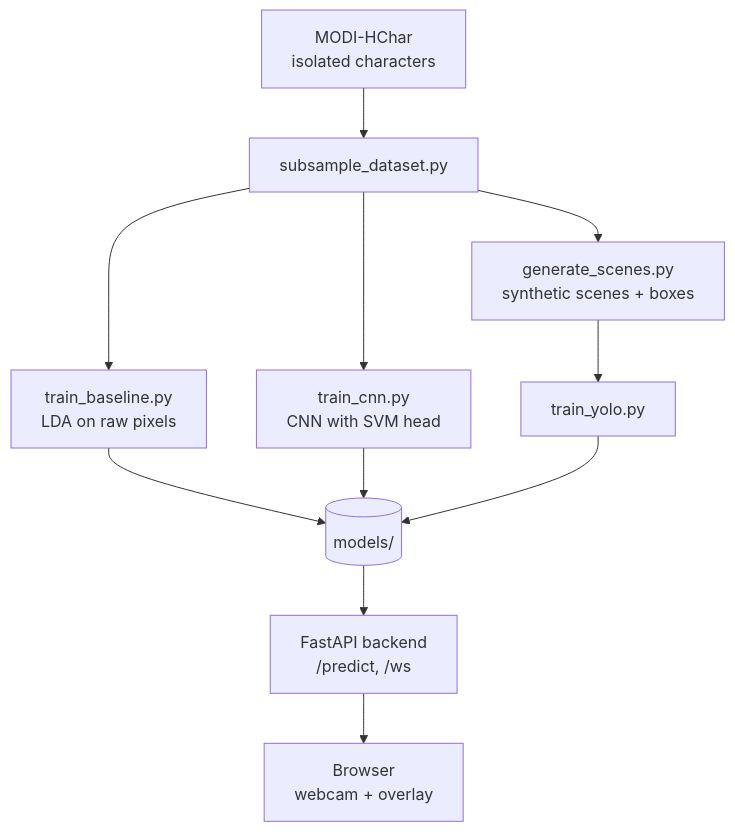
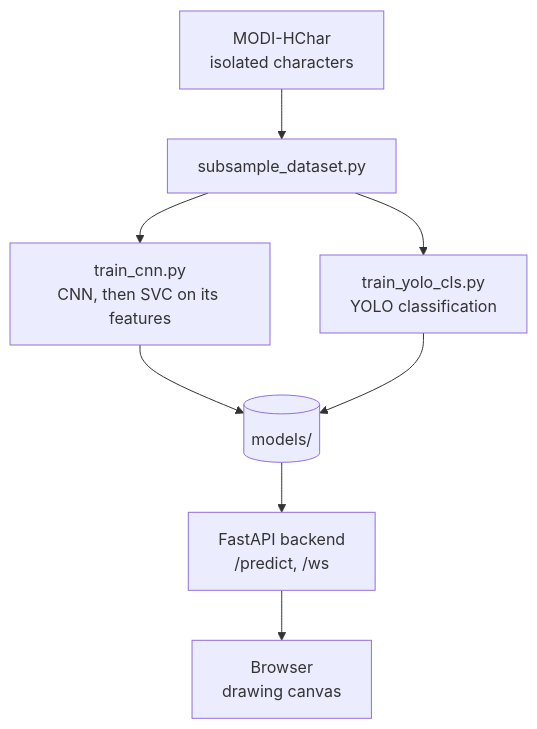
One commit to Gauri210/Akshar changed the diagram in docs/architecture.md. Above: the diagram before and after it, drawn with Mermaid. The commit also changed other lines of this file and 18 other files, not shown here.

````diff
--- a/docs/architecture.md
+++ b/docs/architecture.md
@@ -3,13 +3,10 @@
 ```mermaid
 flowchart TD
     D[MODI-HChar<br/>isolated characters] --> S[subsample_dataset.py]
-    S --> B1[train_baseline.py<br/>LDA on raw pixels]
-    S --> C1[train_cnn.py<br/>CNN with SVM head]
-    S --> G[generate_scenes.py<br/>synthetic scenes + boxes]
-    G --> Y1[train_yolo.py]
-    B1 --> M[(models/)]
-    C1 --> M
+    S --> C1[train_cnn.py<br/>CNN, then SVC on its features]
+    S --> Y1[train_yolo_cls.py<br/>YOLO classification]
+    C1 --> M[(models/)]
     Y1 --> M
     M --> API[FastAPI backend<br/>/predict, /ws]
-    API --> UI[Browser<br/>webcam + overlay]
+    API --> UI[Browser<br/>drawing canvas]
 ```
````
